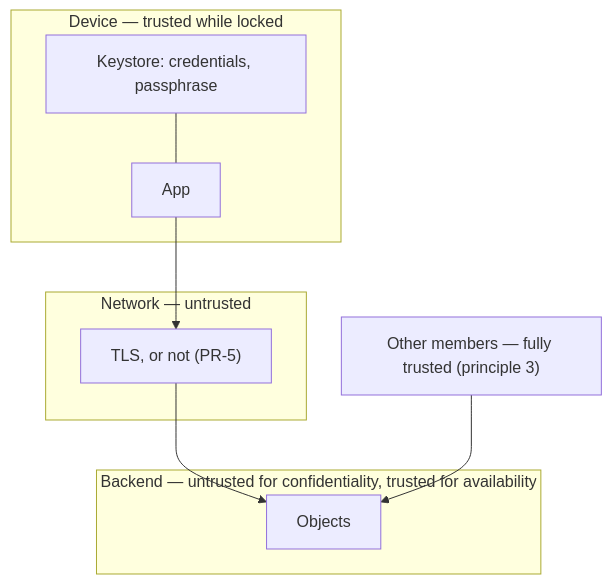
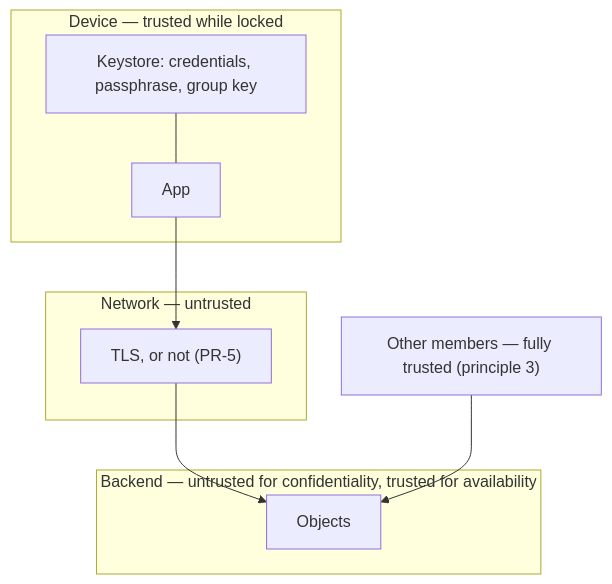
Before and after one commit to Teelevision/neugesplitter: the diagram in docs/threat-model.md, drawn with Mermaid. The commit also changed 10 other files, not shown here.

First line of the commit message:
perf(sync): keep an encrypted group's unlocked key sealed (TR-25, TR-26)

````diff
--- a/docs/threat-model.md
+++ b/docs/threat-model.md
@@ -33,17 +33,17 @@
 ```mermaid
 flowchart TB
   subgraph device["Device — trusted while locked"]
     app["App"]
-    ks["Keystore: credentials, passphrase"]
+    ks["Keystore: credentials, passphrase, group key"]
   end
   subgraph net["Network — untrusted"]
     tls["TLS, or not (PR-5)"]
   end
   subgraph backend["Backend — untrusted for confidentiality, trusted for availability"]
     obj["Objects"]
   end
   group["Other members — fully trusted (principle 3)"]
   app --> tls --> obj
   group --> obj
   ks --- app
 ```
````
